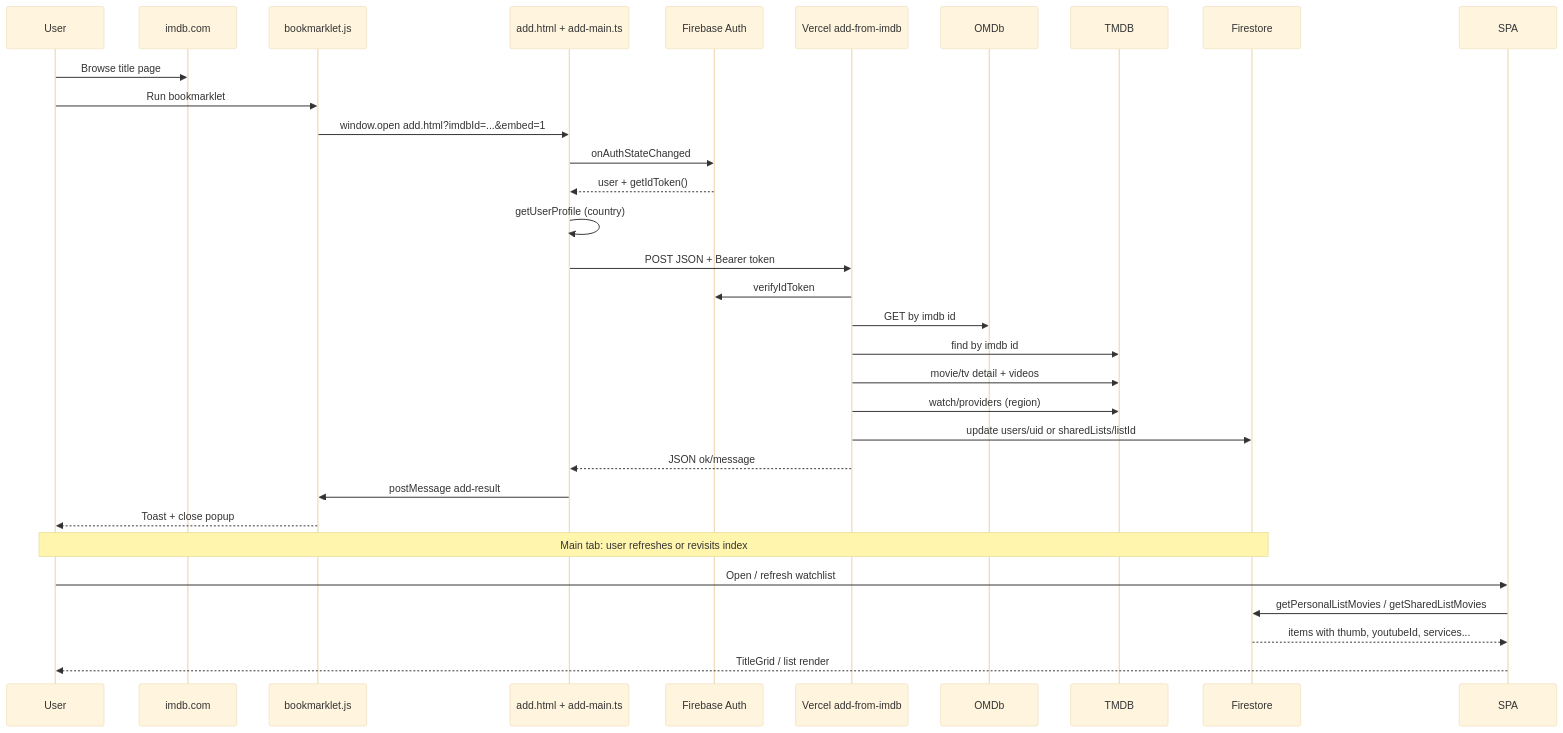
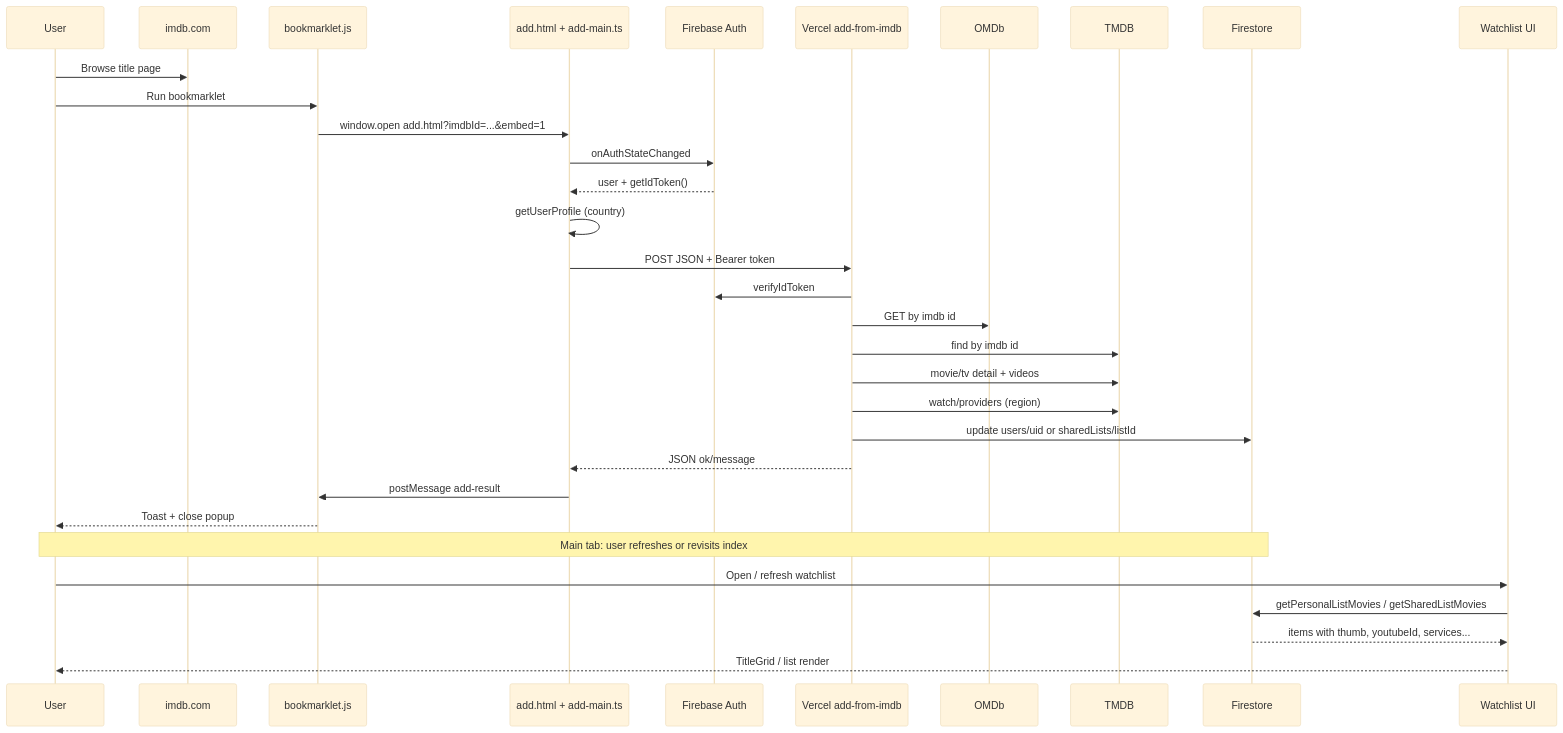
Before and after one commit to maulbogat/watchlist-app: the second of 5 diagrams in system-design.md, drawn with Mermaid (base theme). The commit also changed other lines of this file and 7 other files, not shown here.

````diff
--- a/system-design.md
+++ b/system-design.md
@@ -525,35 +531,36 @@
 ```mermaid
 sequenceDiagram
   participant User
   participant IMDb as imdb.com
   participant BM as bookmarklet.js
   participant Popup as add.html + add-main.ts
   participant Auth as Firebase Auth
-  participant NF as Vercel add-from-imdb
+  participant API_ADD as Vercel add-from-imdb
   participant OMDb
   participant TMDB
   participant FS as Firestore
+  participant SPA as Watchlist UI
 
   User->>IMDb: Browse title page
   User->>BM: Run bookmarklet
   BM->>Popup: window.open add.html?imdbId=...&embed=1
   Popup->>Auth: onAuthStateChanged
   Auth-->>Popup: user + getIdToken()
   Popup->>Popup: getUserProfile (country)
-  Popup->>NF: POST JSON + Bearer token
-  NF->>Auth: verifyIdToken
-  NF->>OMDb: GET by imdb id
-  NF->>TMDB: find by imdb id
-  NF->>TMDB: movie/tv detail + videos
-  NF->>TMDB: watch/providers (region)
-  NF->>FS: update users/uid or sharedLists/listId
-  NF-->>Popup: JSON ok/message
+  Popup->>API_ADD: POST JSON + Bearer token
+  API_ADD->>Auth: verifyIdToken
+  API_ADD->>OMDb: GET by imdb id
+  API_ADD->>TMDB: find by imdb id
+  API_ADD->>TMDB: movie/tv detail + videos
+  API_ADD->>TMDB: watch/providers (region)
+  API_ADD->>FS: update users/uid or sharedLists/listId
+  API_ADD-->>Popup: JSON ok/message
   Popup->>BM: postMessage add-result
   BM-->>User: Toast + close popup
 
   Note over User,FS: Main tab: user refreshes or revisits index
   User->>SPA: Open / refresh watchlist
   SPA->>FS: getPersonalListMovies / getSharedListMovies
   FS-->>SPA: items with thumb, youtubeId, services...
   SPA-->>User: TitleGrid / list render
 ```
````
